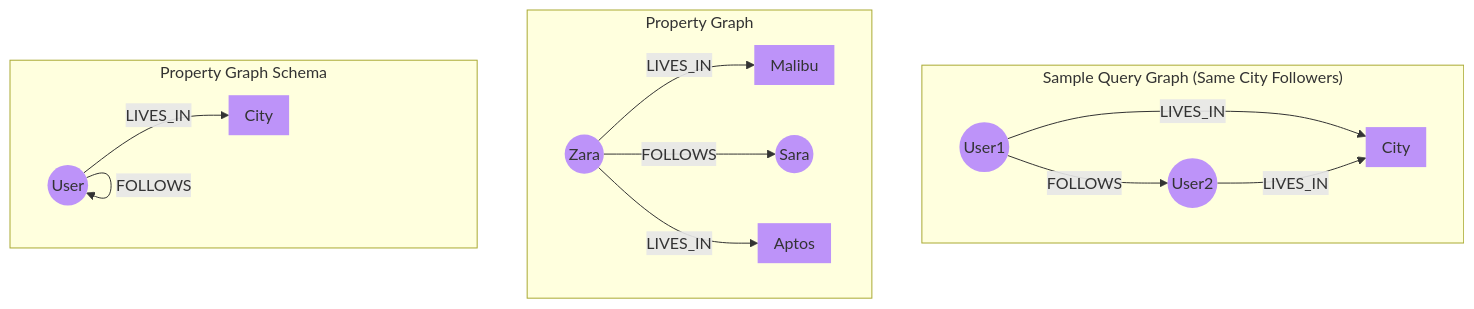
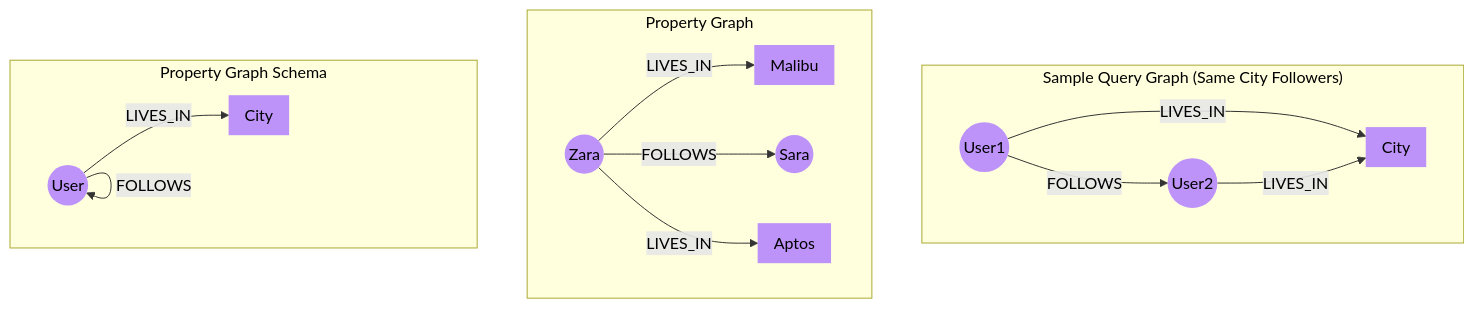
Before and after one commit to saqib-ali/docs: the diagram in snippets/property-graph.mdx, drawn with Mermaid.

Commit message:
Update property graph snippet styling
Mintlify-Source: dashboard-editor

````diff
--- a/snippets/property-graph.mdx
+++ b/snippets/property-graph.mdx
@@ -1,52 +1,52 @@
 ```mermaid
 graph
 %%{init: {'flowchart': {'padding': 0,"top": 0,"bottom": 0, 'diagramPadding':0, 'nodeSpacing': 0, 'rankSpacing':0}}}%%
 
 subgraph s3["Sample Query Graph (Same City Followers)"]
 
 User1@{ shape: "circle" }
 User2@{ shape: "circle" }
 City3["City"]
 
 User1 -->|FOLLOWS| User2
 User1 -->|LIVES_IN| City3
 User2 -->|LIVES_IN| City3
 end
 
 subgraph s1["Property Graph"]
 Zara@{ shape: "circle" }
 Sara@{ shape: "circle" }
 
 C1["Malibu"]
 C2["Aptos"]
 
 %% LIVES_IN relationships
 Zara -- "LIVES_IN" --> C1
 %% FOLLOWS relationships
 Zara -- "FOLLOWS" --> Sara
-Zara -- "LIVES_IN" --> C2
+Zara@{ shape: "circle" } -- "LIVES_IN" --> C2
 
 
 
 end
 
 subgraph s2["Property Graph Schema"]
 
 
 User@{ shape: "circle" }
 City["City"]
 
 User@{ label: "User" } -->|"LIVES_IN"| City
 User -- FOLLOWS --> User
 
 end
 
 
-classDef nodes fill:#BD93F9,stroke-width:0px
+classDef nodes fill:#BD93F9,stroke-width:0px, color:#000000
 class User1,User2,User,U1,U2,Zara,Sara nodes
 
 
 classDef cities fill:#BD93F9,stroke-width:0px
 class City,C1,C2,City3 cities
 
 ```
````
